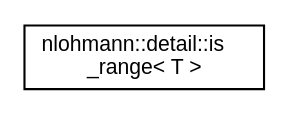
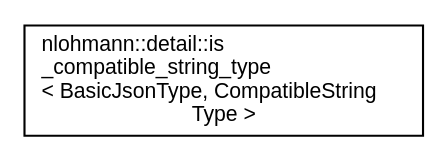
The diagram in inherit_graph_652.dot (feelpp/feelpp), drawn with Graphviz before and after one commit. The commit also changed 1416 other files, not shown here.

```diff
--- a/inherit_graph_652.dot
+++ b/inherit_graph_652.dot
@@ -1,8 +1,8 @@
 digraph "Graphical Class Hierarchy"
 {
  // LATEX_PDF_SIZE
   edge [fontname="Helvetica",fontsize="10",labelfontname="Helvetica",labelfontsize="10"];
   node [fontname="Helvetica",fontsize="10",shape=record];
   rankdir="LR";
-  Node0 [label="nlohmann::detail::is\l_range\< T \>",height=0.2,width=0.4,color="black", fillcolor="white", style="filled",URL="$structnlohmann_1_1detail_1_1is__range.html",tooltip=" "];
+  Node0 [label="nlohmann::detail::is\l_compatible_string_type\l\< BasicJsonType, CompatibleString\lType \>",height=0.2,width=0.4,color="black", fillcolor="white", style="filled",URL="$structnlohmann_1_1detail_1_1is__compatible__string__type.html",tooltip=" "];
 }
```
